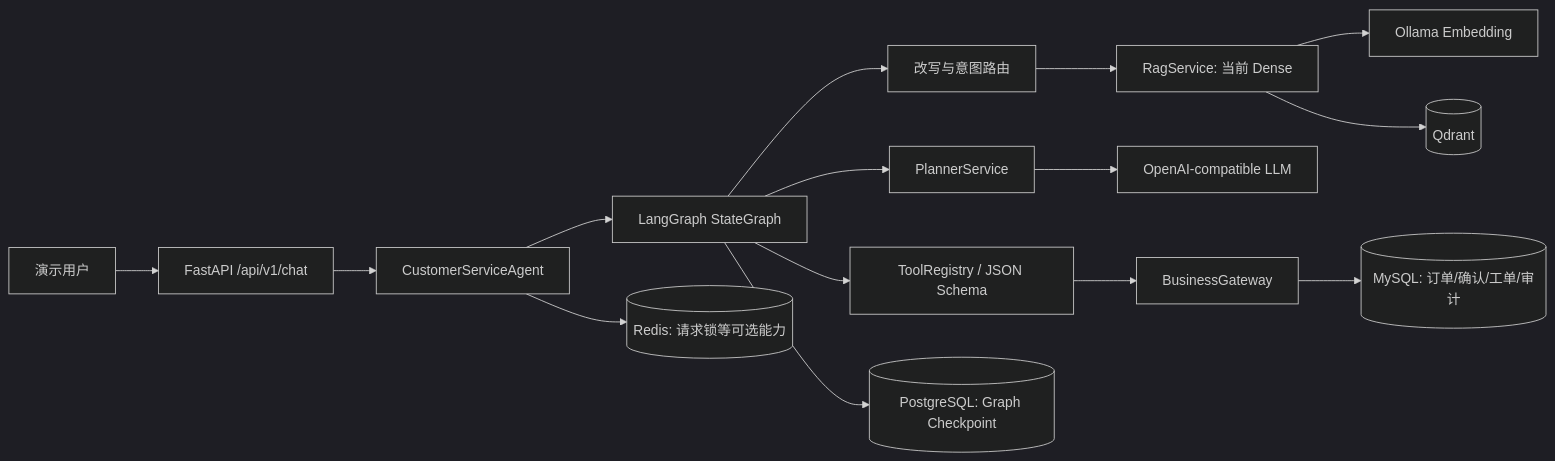
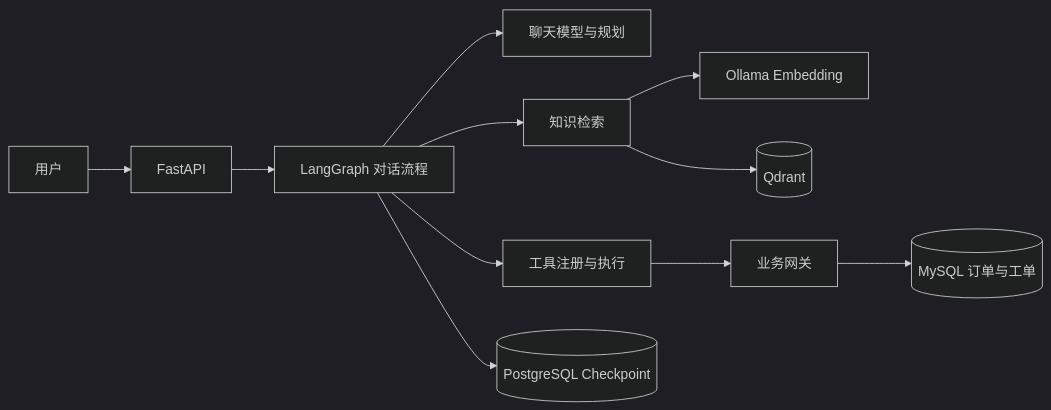
Before and after one commit to 1Patrick2/after-sales-agent: the diagram in README.md, drawn with Mermaid (dark theme). The commit also changed other lines of this file, not shown here.

````diff
--- a/README.md
+++ b/README.md
@@ -14,17 +14,13 @@
 ```mermaid
 flowchart LR
-    User[演示用户] --> API[FastAPI /api/v1/chat]
-    API --> Agent[CustomerServiceAgent]
-    Agent --> Graph[LangGraph StateGraph]
-    Graph --> Rewrite[改写与意图路由]
-    Rewrite --> RAG[RagService: 当前 Dense]
-    RAG --> Embed[Ollama Embedding]
-    RAG --> Qdrant[(Qdrant)]
-    Graph --> Planner[PlannerService]
-    Planner --> LLM[OpenAI-compatible LLM]
-    Graph --> Tools[ToolRegistry / JSON Schema]
-    Tools --> Gateway[BusinessGateway]
-    Gateway --> MySQL[(MySQL: 订单/确认/工单/审计)]
-    Graph --> PG[(PostgreSQL: Graph Checkpoint)]
-    Agent --> Redis[(Redis: 请求锁等可选能力)]
+    U[用户] --> API[FastAPI]
+    API --> G[LangGraph 对话流程]
+    G --> LLM[聊天模型与规划]
+    G --> RAG[知识检索]
+    RAG --> O[Ollama Embedding]
+    RAG --> Q[(Qdrant)]
+    G --> T[工具注册与执行]
+    T --> B[业务网关]
+    B --> M[(MySQL 订单与工单)]
+    G --> P[(PostgreSQL Checkpoint)]
 ```
````
